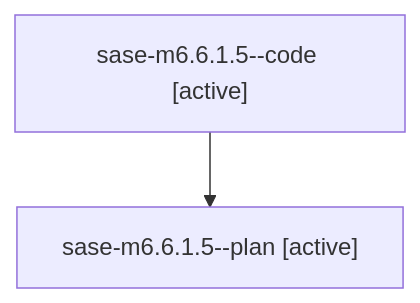
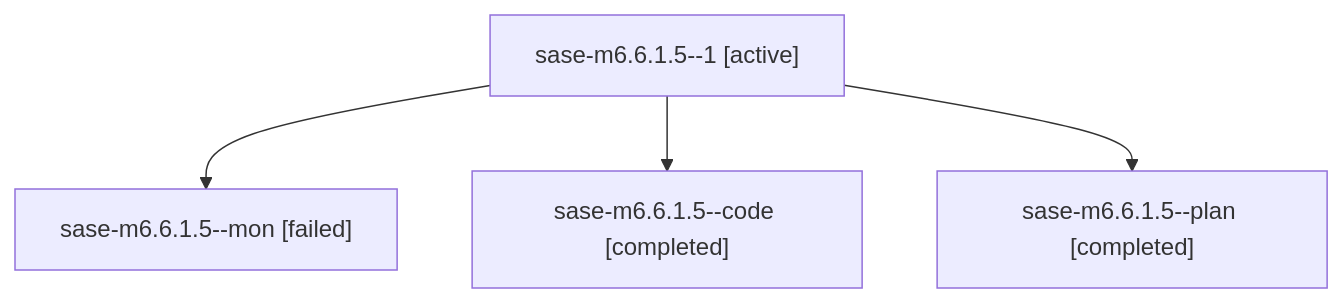
Before and after one commit to sase-org/sase--agents: the diagram in families/bbugyi200.athena.sase-m6.6.1.5.md, drawn with Mermaid. The commit also changed other lines of this file and 80 other files, not shown here.

````diff
--- a/families/bbugyi200.athena.sase-m6.6.1.5.md
+++ b/families/bbugyi200.athena.sase-m6.6.1.5.md
@@ -9,6 +9,10 @@
 ```mermaid
 flowchart TD
-  n0["sase-m6.6.1.5--code [active]"]
-  n1["sase-m6.6.1.5--plan [active]"]
+  n0["sase-m6.6.1.5--1 [active]"]
+  n1["sase-m6.6.1.5--mon [failed]"]
   n0 --> n1
+  n2["sase-m6.6.1.5--code [completed]"]
+  n0 --> n2
+  n3["sase-m6.6.1.5--plan [completed]"]
+  n0 --> n3
 ```
````
